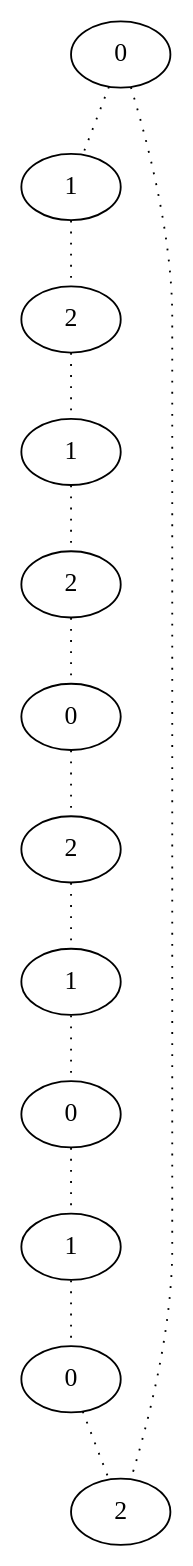
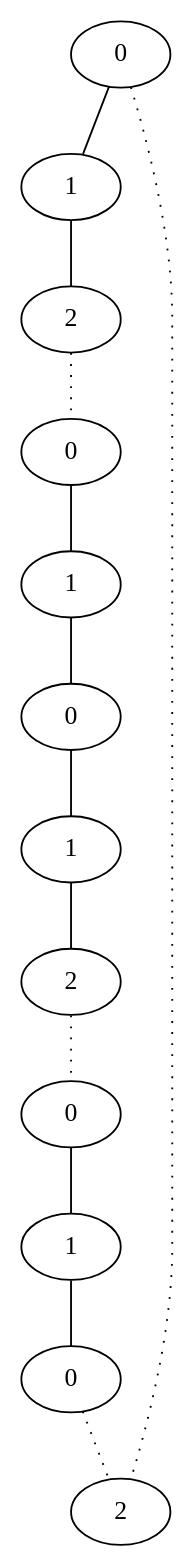
Before and after one commit to d1laj/Stage-M2: the diagram in TestPathsfactorised/result/dot/cycle_12_3_tc.dot, drawn with Graphviz. The commit also changed 4248 other files, not shown here.

```diff
--- a/TestPathsfactorised/result/dot/cycle_12_3_tc.dot
+++ b/TestPathsfactorised/result/dot/cycle_12_3_tc.dot
@@ -1,26 +1,26 @@
 graph {
 a0[label=0];
 a1[label=1];
 a2[label=2];
-a3[label=1];
-a4[label=2];
+a3[label=0];
+a4[label=1];
 a5[label=0];
-a6[label=2];
-a7[label=1];
+a6[label=1];
+a7[label=2];
 a8[label=0];
 a9[label=1];
 a10[label=0];
 a11[label=2];
-a0 -- a1 [style=dotted];
+a0 -- a1;
 a0 -- a11 [style=dotted];
-a1 -- a2 [style=dotted];
+a1 -- a2;
 a2 -- a3 [style=dotted];
-a3 -- a4 [style=dotted];
-a4 -- a5 [style=dotted];
-a5 -- a6 [style=dotted];
-a6 -- a7 [style=dotted];
+a3 -- a4;
+a4 -- a5;
+a5 -- a6;
+a6 -- a7;
 a7 -- a8 [style=dotted];
-a8 -- a9 [style=dotted];
-a9 -- a10 [style=dotted];
+a8 -- a9;
+a9 -- a10;
 a10 -- a11 [style=dotted];
 }
```
